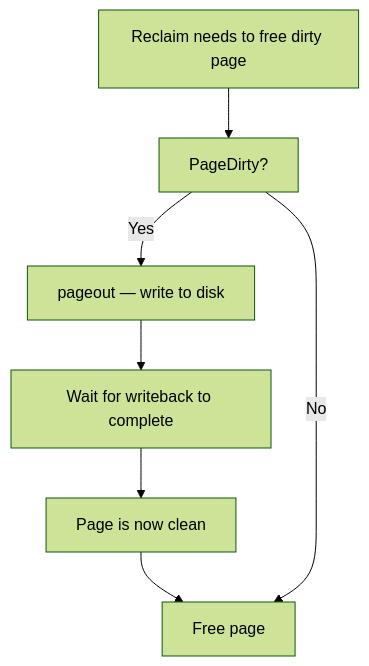
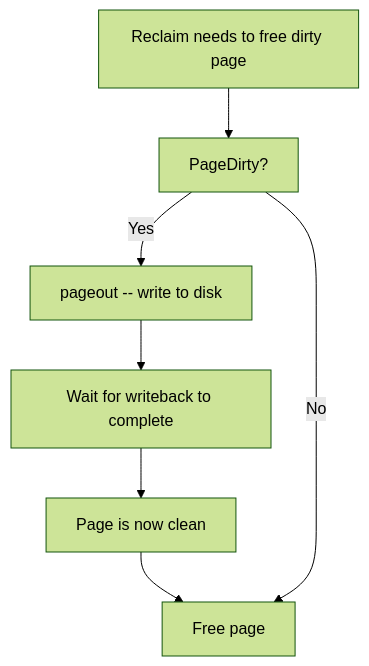
Before and after one commit to Abhinav-Kumar012/lb2: the second of 8 diagrams in src/kernel/memory/writeback.md, drawn with Mermaid (forest theme). The commit also changed other lines of this file and 211 other files, not shown here.

First line of the commit message:
fix: mermaid syntax issues across 212 files

````diff
--- a/src/kernel/memory/writeback.md
+++ b/src/kernel/memory/writeback.md
@@ -105,9 +105,9 @@
 ```mermaid
 flowchart TD
     A[Reclaim needs to free dirty page] --> B[PageDirty?]
-    B -->|Yes| C[pageout — write to disk]
+    B -->|Yes| C[pageout -- write to disk]
     C --> D[Wait for writeback to complete]
     D --> E[Page is now clean]
     E --> F[Free page]
     B -->|No| F
 ```
````
